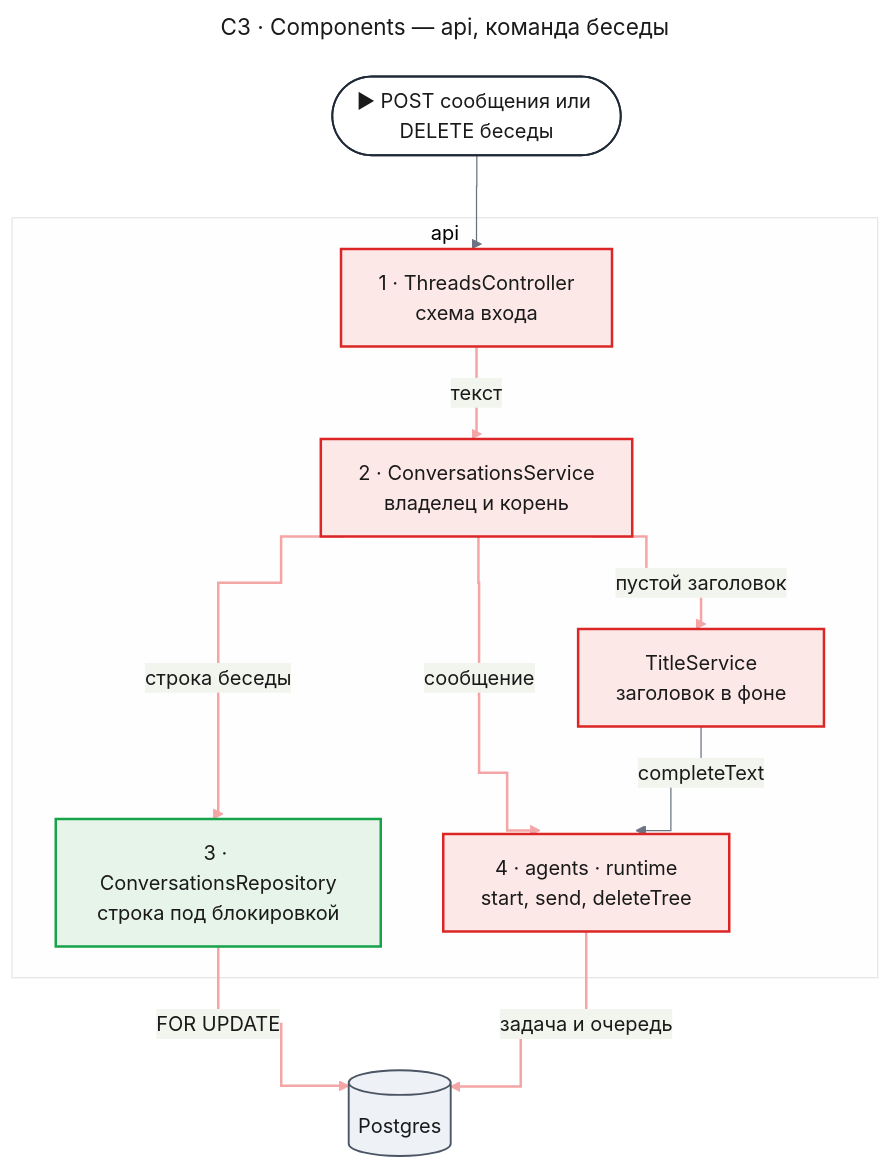
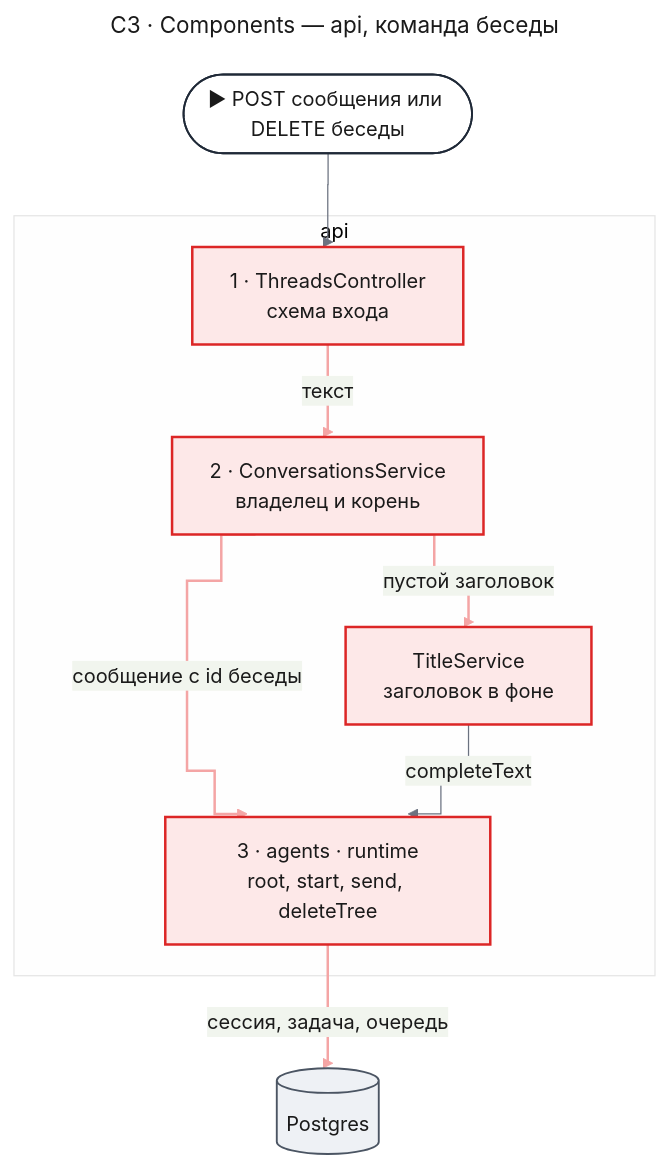
One commit to tundraray/agent-os changed the second of 10 diagrams in docs/features/agent-platform/design-chat.md. Above: the diagram before and after it, drawn with Mermaid. The commit also changed other lines of this file, not shown here.

Commit message:
docs(agent-platform): bring the chat design in line with the root-session model

````diff
--- a/docs/features/agent-platform/design-chat.md
+++ b/docs/features/agent-platform/design-chat.md
@@ -190,55 +202,46 @@
 ```mermaid
 ---
 title: "C3 · Components — api, команда беседы"
 config:
   theme: base
   look: classic
   themeVariables:
     primaryColor: "#eef1f5"
     primaryBorderColor: "#4b5563"
     primaryTextColor: "#1a1a1a"
     lineColor: "#6b7280"
   flowchart:
     curve: step
   themeCSS: |
-    @keyframes lit_ch3a{0%,15%{stroke:#991b1b;stroke-width:6px}16.67%,100%{stroke:#f4a5a5;stroke-width:2px}}
+    @keyframes lit_ch3a{0%,22.5%{stroke:#991b1b;stroke-width:6px}25%,100%{stroke:#f4a5a5;stroke-width:2px}}
 ---
 flowchart TB
     entry(["▶ POST сообщения или DELETE беседы"])
     subgraph api["api"]
         ctl["1 · ThreadsController<br/>схема входа"]
         svc["2 · ConversationsService<br/>владелец и корень"]
-        repo["3 · ConversationsRepository<br/>строка под блокировкой"]
-        pk["4 · agents · runtime<br/>start, send, deleteTree"]
+        pk["3 · agents · runtime<br/>root, start, send, deleteTree"]
         title["TitleService<br/>заголовок в фоне"]
     end
     db[("Postgres")]
     entry --> ctl
     ctl e1@-->|"текст"| svc
-    svc e2@-->|"строка беседы"| repo
-    repo e3@-->|"FOR UPDATE"| db
-    svc e4@-->|"сообщение"| pk
-    pk e5@-->|"задача и очередь"| db
-    svc e6@-->|"пустой заголовок"| title
+    svc e2@-->|"сообщение с id беседы"| pk
+    pk e3@-->|"сессия, задача, очередь"| db
+    svc e4@-->|"пустой заголовок"| title
     title -->|"completeText"| pk
     classDef entry fill:#ffffff,stroke:#1f2937,stroke-width:1.5px,color:#1a1a1a
     classDef changed fill:#fde8e8,stroke:#dc2626,stroke-width:2px,color:#1a1a1a
-    classDef new fill:#e6f4ea,stroke:#16a34a,stroke-width:2px,color:#1a1a1a
     classDef unchanged fill:#eef1f5,stroke:#4b5563,stroke-width:1.5px,color:#1a1a1a
-    classDef w1 stroke:#f4a5a5,stroke-width:2px,animation:lit_ch3a 7.2s linear 0s infinite
-    classDef w2 stroke:#f4a5a5,stroke-width:2px,animation:lit_ch3a 7.2s linear 1.2s infinite
-    classDef w3 stroke:#f4a5a5,stroke-width:2px,animation:lit_ch3a 7.2s linear 2.4s infinite
-    classDef w4 stroke:#f4a5a5,stroke-width:2px,animation:lit_ch3a 7.2s linear 3.6s infinite
-    classDef w5 stroke:#f4a5a5,stroke-width:2px,animation:lit_ch3a 7.2s linear 4.8s infinite
-    classDef w6 stroke:#f4a5a5,stroke-width:2px,animation:lit_ch3a 7.2s linear 6s infinite
+    classDef w1 stroke:#f4a5a5,stroke-width:2px,animation:lit_ch3a 4.8s linear 0s infinite
+    classDef w2 stroke:#f4a5a5,stroke-width:2px,animation:lit_ch3a 4.8s linear 1.2s infinite
+    classDef w3 stroke:#f4a5a5,stroke-width:2px,animation:lit_ch3a 4.8s linear 2.4s infinite
+    classDef w4 stroke:#f4a5a5,stroke-width:2px,animation:lit_ch3a 4.8s linear 3.6s infinite
     class entry entry
     class ctl,svc,title,pk changed
-    class repo new
     class db unchanged
     class e1 w1
     class e2 w2
     class e3 w3
     class e4 w4
-    class e5 w5
-    class e6 w6
 ```
````
